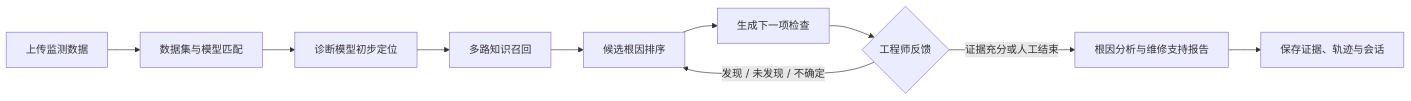
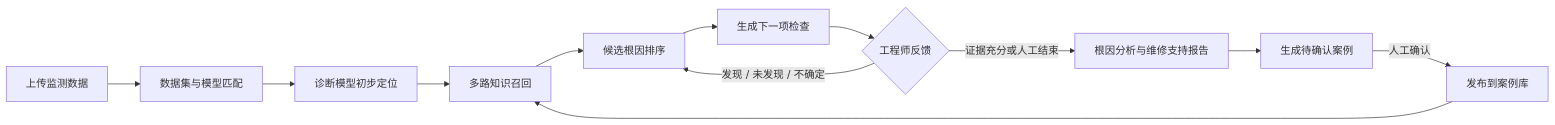
Before and after one commit to Inner-vic/AeroDiagnosis-Next: the first of 2 diagrams in README.md, drawn with Mermaid. The commit also changed other lines of this file and 10 other files, not shown here.

````diff
--- a/README.md
+++ b/README.md
@@ -34,12 +34,14 @@
 ```mermaid
 flowchart LR
     A[上传监测数据] --> B[数据集与模型匹配]
     B --> C[诊断模型初步定位]
     C --> D[多路知识召回]
     D --> E[候选根因排序]
     E --> F[生成下一项检查]
     F --> G{工程师反馈}
     G -->|发现 / 未发现 / 不确定| E
     G -->|证据充分或人工结束| H[根因分析与维修支持报告]
-    H --> I[保存证据、轨迹与会话]
+    H --> I[生成待确认案例]
+    I -->|人工确认| J[发布到案例库]
+    J --> D
 ```
````
